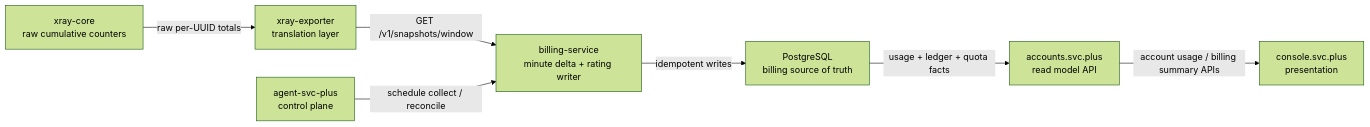
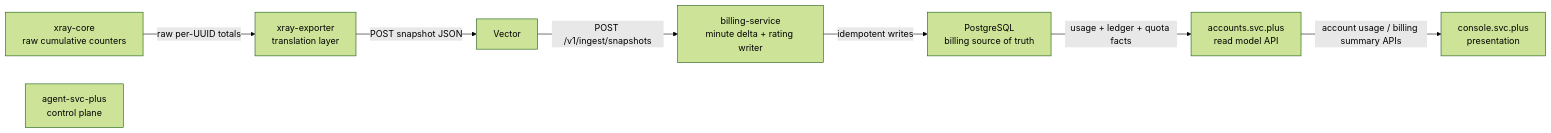
The second of 2 diagrams in docs/architecture.md (ai-workspace-services/billing-service), drawn with Mermaid (forest theme) before and after one commit. The commit also changed other lines of this file and 11 other files, not shown here.

Commit message:
feat: add Vector snapshot billing ingest

````diff
--- a/docs/architecture.md
+++ b/docs/architecture.md
@@ -46,17 +47,17 @@
 ```mermaid
 flowchart LR
   Xray["xray-core<br/>raw cumulative counters"]
   Exporter["xray-exporter<br/>translation layer"]
   Billing["billing-service<br/>minute delta + rating writer"]
   PostgreSQL["PostgreSQL<br/>billing source of truth"]
   Accounts["accounts.svc.plus<br/>read model API"]
   Console["console.svc.plus<br/>presentation"]
   Agent["agent-svc-plus<br/>control plane"]
 
   Xray -->|"raw per-UUID totals"| Exporter
-  Exporter -->|"GET /v1/snapshots/window"| Billing
-  Agent -->|"schedule collect / reconcile"| Billing
+  Exporter -->|"POST snapshot JSON"| Vector
+  Vector -->|"POST /v1/ingest/snapshots"| Billing
   Billing -->|"idempotent writes"| PostgreSQL
   PostgreSQL -->|"usage + ledger + quota facts"| Accounts
   Accounts -->|"account usage / billing summary APIs"| Console
 ```
````
